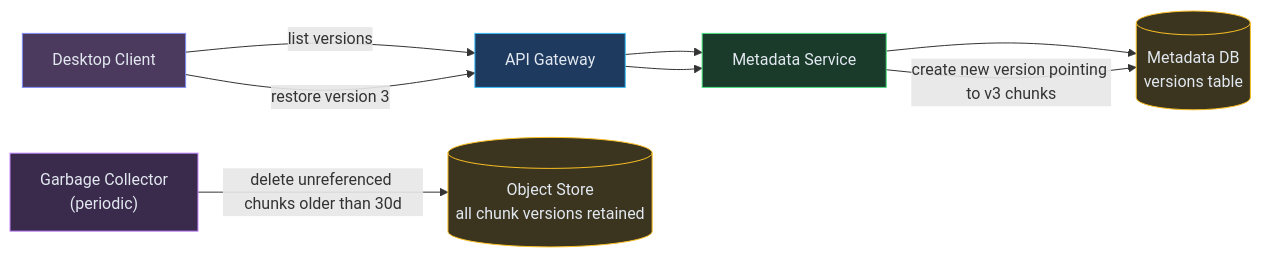
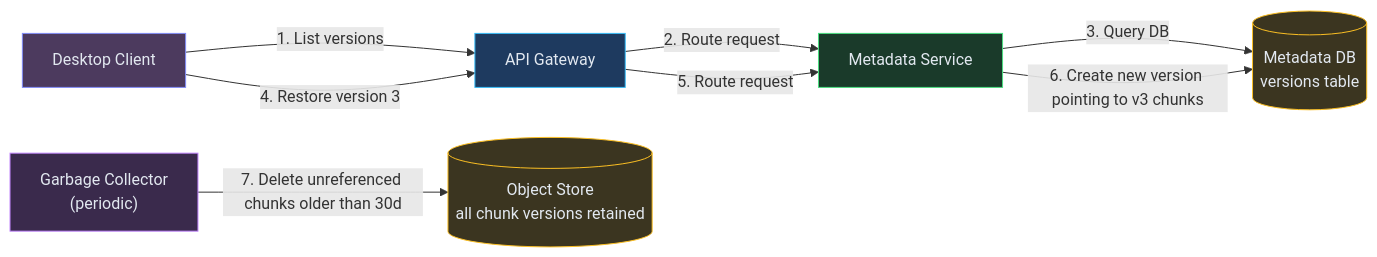
The fourth of 7 diagrams in content/hld/Dropbox.md (iluzn/HLD-Designs), drawn with Mermaid before and after one commit. The commit also changed other lines of this file and 27 other files, not shown here.

````diff
--- a/content/hld/Dropbox.md
+++ b/content/hld/Dropbox.md
@@ -259,23 +259,23 @@
 ```mermaid
 flowchart LR
     CLIENT["Desktop Client"]:::client
     API["API Gateway"]:::edge
     META["Metadata Service"]:::service
     METADB[("Metadata DB<br/>versions table")]:::data
     OBJSTORE[("Object Store<br/>all chunk versions retained")]:::data
     GC["Garbage Collector<br/>(periodic)"]:::async
 
-    CLIENT -->|"list versions"| API
-    API --> META
-    META --> METADB
-    CLIENT -->|"restore version 3"| API
-    API --> META
-    META -->|"create new version pointing to v3 chunks"| METADB
-    GC -->|"delete unreferenced chunks older than 30d"| OBJSTORE
+    CLIENT -->|"1. List versions"| API
+    API -->|"2. Route request"| META
+    META -->|"3. Query DB"| METADB
+    CLIENT -->|"4. Restore version 3"| API
+    API -->|"5. Route request"| META
+    META -->|"6. Create new version pointing to v3 chunks"| METADB
+    GC -->|"7. Delete unreferenced chunks older than 30d"| OBJSTORE
 
     classDef client fill:#4c3a5e,stroke:#818cf8,color:#e2e8f0
     classDef edge fill:#1e3a5f,stroke:#38bdf8,color:#e2e8f0
     classDef service fill:#1a3a2a,stroke:#4ade80,color:#e2e8f0
     classDef data fill:#3b3520,stroke:#fbbf24,color:#e2e8f0
     classDef async fill:#3a2a4c,stroke:#c084fc,color:#e2e8f0
 ```
````
